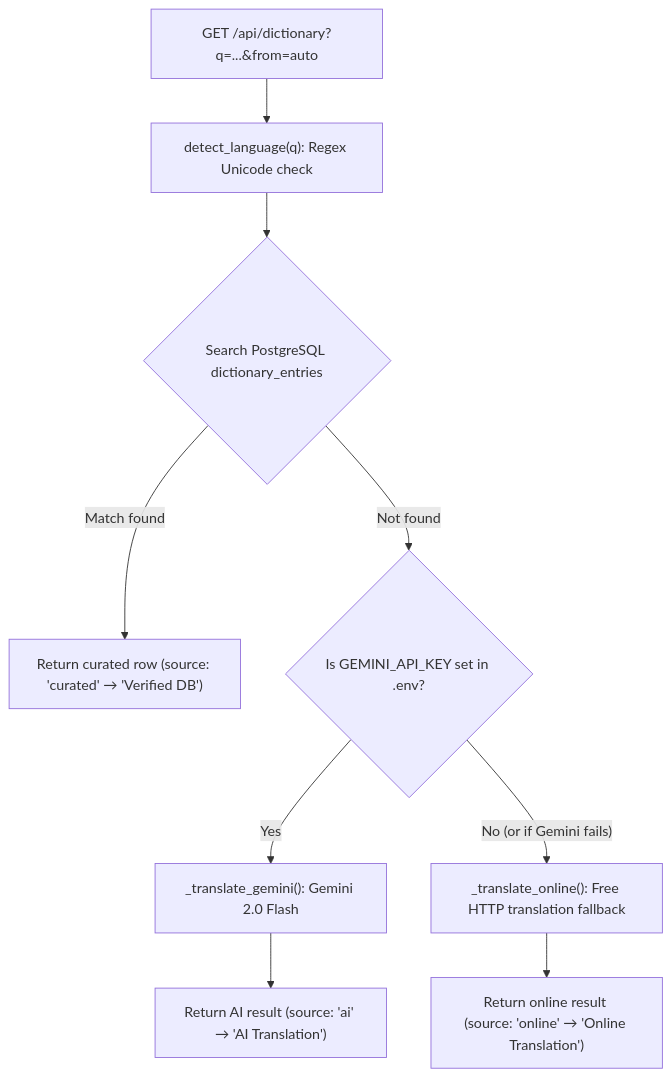
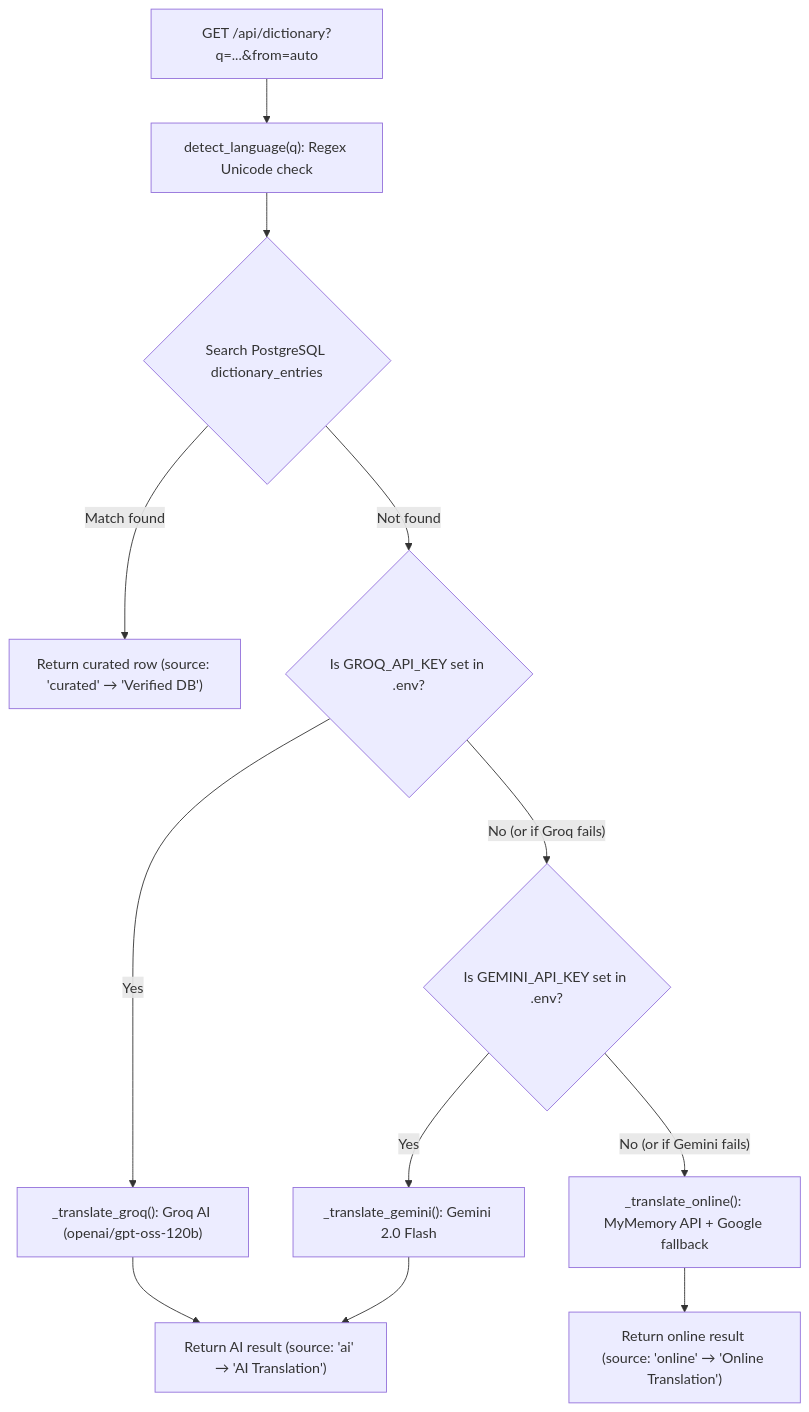
The diagram in docs/dictionary-guide.md (Music195/learnsolo), drawn with Mermaid before and after one commit. The commit also changed other lines of this file and 2 other files, not shown here.

Commit message:
Update content-guide, dictionary-guide, and backend-guide with Groq AI and lookup tiers

````diff
--- a/docs/dictionary-guide.md
+++ b/docs/dictionary-guide.md
@@ -201,11 +201,14 @@
 ```mermaid
 flowchart TD
     A["GET /api/dictionary?q=...&from=auto"] --> B["detect_language(q): Regex Unicode check"]
     B --> C{"Search PostgreSQL dictionary_entries"}
     C -- "Match found" --> D["Return curated row (source: 'curated' → 'Verified DB')"]
-    C -- "Not found" --> E{"Is GEMINI_API_KEY set in .env?"}
-    E -- "Yes" --> F["_translate_gemini(): Gemini 2.0 Flash"]
-    E -- "No (or if Gemini fails)" --> G["_translate_online(): Free HTTP translation fallback"]
-    F --> H["Return AI result (source: 'ai' → 'AI Translation')"]
-    G --> I["Return online result (source: 'online' → 'Online Translation')"]
+    C -- "Not found" --> E{"Is GROQ_API_KEY set in .env?"}
+    E -- "Yes" --> F["_translate_groq(): Groq AI (openai/gpt-oss-120b)"]
+    E -- "No (or if Groq fails)" --> G{"Is GEMINI_API_KEY set in .env?"}
+    G -- "Yes" --> H["_translate_gemini(): Gemini 2.0 Flash"]
+    G -- "No (or if Gemini fails)" --> I["_translate_online(): MyMemory API + Google fallback"]
+    F --> J["Return AI result (source: 'ai' → 'AI Translation')"]
+    H --> J
+    I --> K["Return online result (source: 'online' → 'Online Translation')"]
 ```
````
